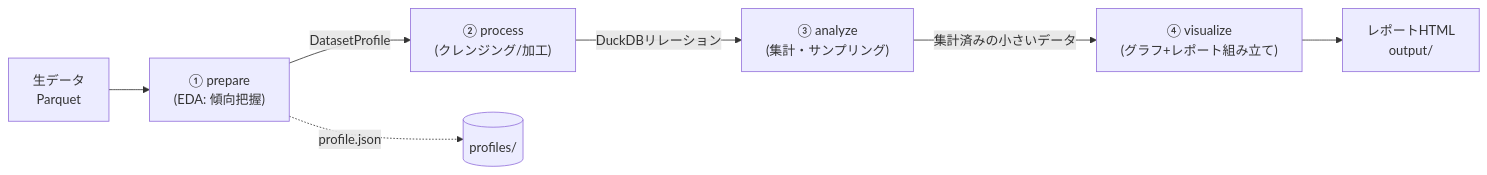
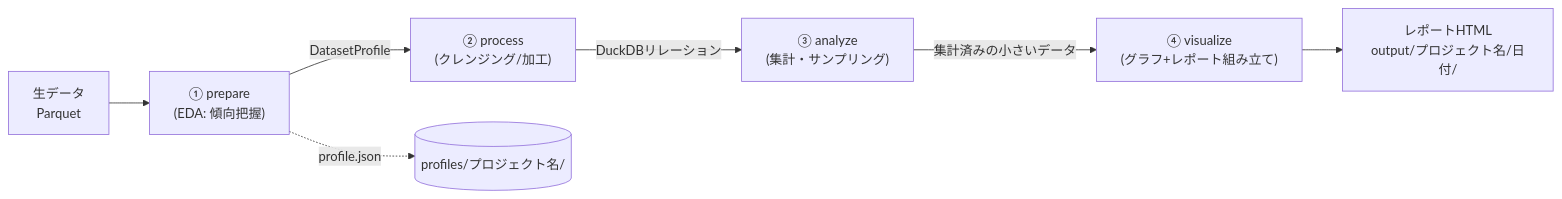
Before and after one commit to mukumuyi/AnalyseTool: the first of 5 diagrams in docs/functional-design.md, drawn with Mermaid. The commit also changed other lines of this file and 3 other files, not shown here.

````diff
--- a/docs/functional-design.md
+++ b/docs/functional-design.md
@@ -9,9 +9,9 @@
 ```mermaid
 flowchart LR
     A[生データ<br/>Parquet] --> B["① prepare<br/>(EDA: 傾向把握)"]
     B -->|DatasetProfile| C["② process<br/>(クレンジング/加工)"]
     C -->|DuckDBリレーション| D["③ analyze<br/>(集計・サンプリング)"]
     D -->|集計済みの小さいデータ| E["④ visualize<br/>(グラフ+レポート組み立て)"]
-    E --> F[レポートHTML<br/>output/]
-    B -.->|profile.json| G[(profiles/)]
+    E --> F[レポートHTML<br/>output/プロジェクト名/日付/]
+    B -.->|profile.json| G[(profiles/プロジェクト名/)]
 ```
````
